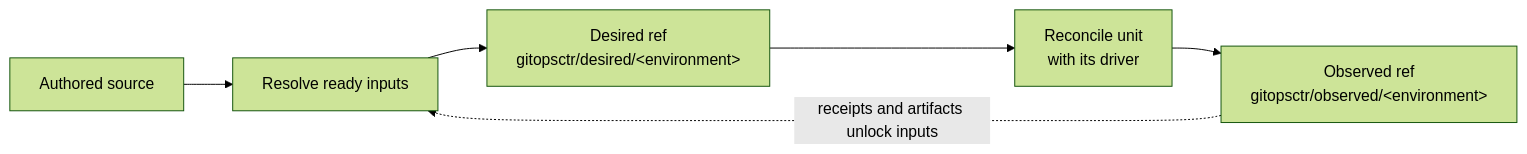
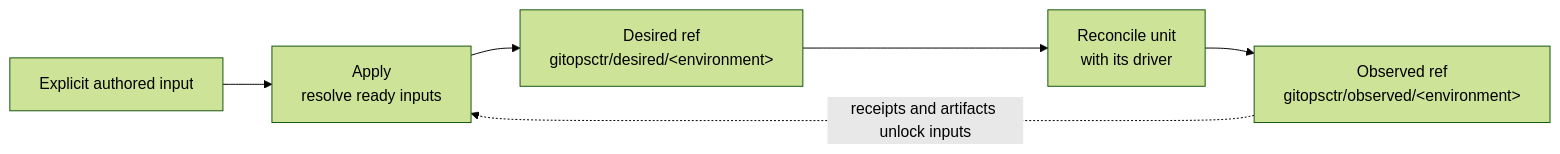
Before and after one commit to NiklasRosenstein/gitopsctr: the diagram in docs/index.md, drawn with Mermaid (forest theme). The commit also changed other lines of this file and 91 other files, not shown here.

Commit message:
Redefine desired state around explicit apply partitions

````diff
--- a/docs/index.md
+++ b/docs/index.md
@@ -36,8 +38,8 @@
 ```mermaid
 flowchart LR
-  source["Authored source"] --> advance["Resolve ready inputs"]
-  advance --> desired["Desired ref<br/>gitopsctr/desired/&lt;environment&gt;"]
+  source["Explicit authored input"] --> apply["Apply<br/>resolve ready inputs"]
+  apply --> desired["Desired ref<br/>gitopsctr/desired/&lt;environment&gt;"]
   desired --> driver["Reconcile unit<br/>with its driver"]
   driver --> observed["Observed ref<br/>gitopsctr/observed/&lt;environment&gt;"]
-  observed -.->|receipts and artifacts unlock inputs| advance
+  observed -.->|receipts and artifacts unlock inputs| apply
 ```
````
